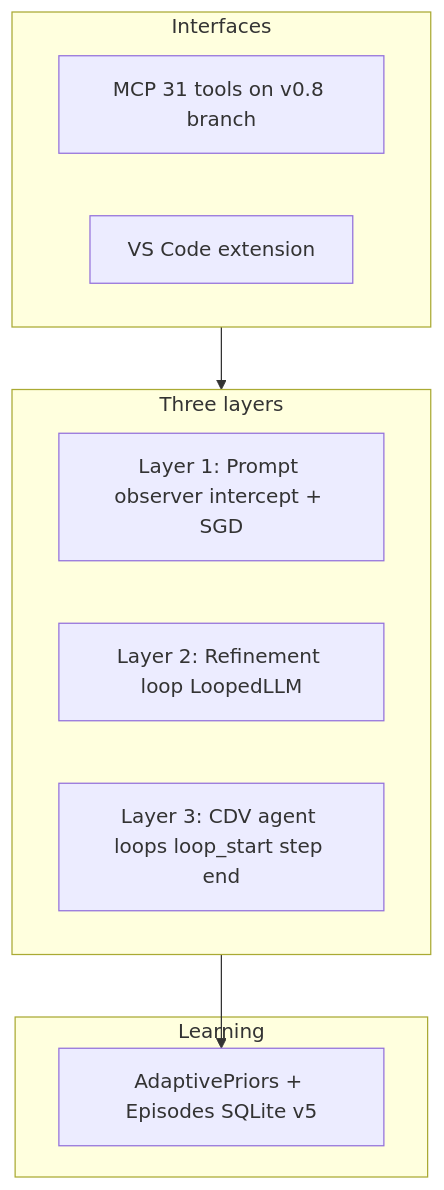
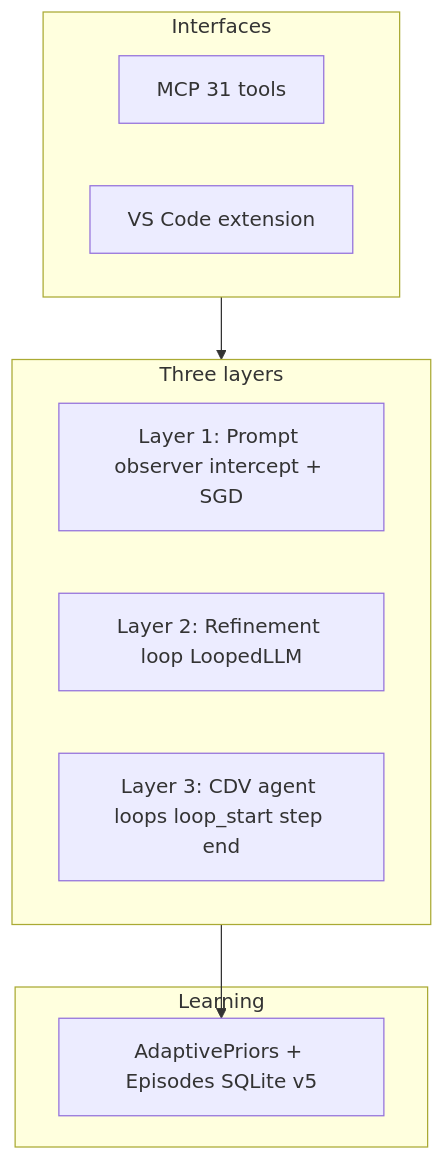
Before and after one commit to azank1/loop-llm: the diagram in README.md, drawn with Mermaid. The commit also changed other lines of this file and 24 other files, not shown here.

````diff
--- a/README.md
+++ b/README.md
@@ -65,17 +66,17 @@
 ```mermaid
 flowchart TB
   subgraph interfaces [Interfaces]
-    MCP[MCP 31 tools on v0.8 branch]
+    MCP[MCP 31 tools]
     Ext[VS Code extension]
   end
   subgraph layers [Three layers]
     L1[Layer 1: Prompt observer intercept + SGD]
     L2[Layer 2: Refinement loop LoopedLLM]
     L3[Layer 3: CDV agent loops loop_start step end]
   end
   subgraph learn [Learning]
     Priors[AdaptivePriors + Episodes SQLite v5]
   end
   interfaces --> layers
   layers --> Priors
 ```
````
